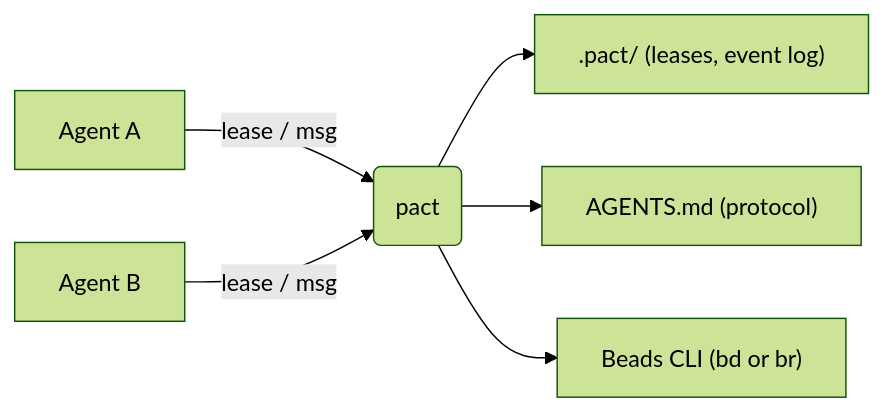
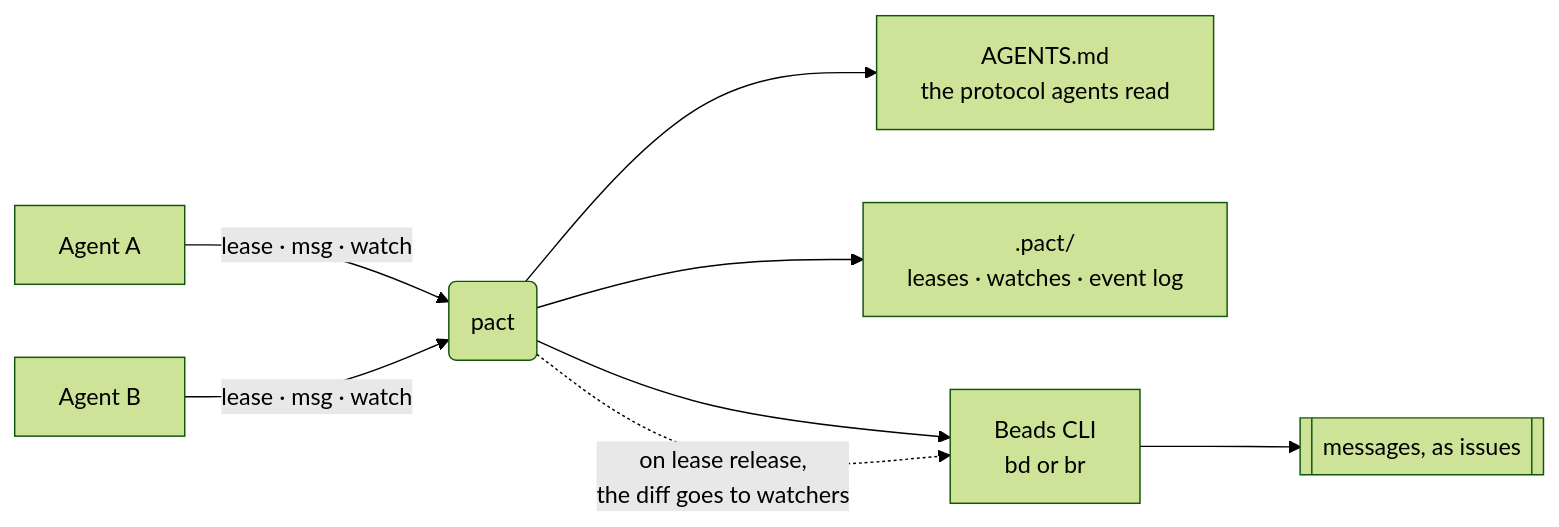
One commit to chussenot/pact changed the diagram in README.md. Above: the diagram before and after it, drawn with Mermaid (forest theme). The commit also changed other lines of this file and 16 other files, not shown here.

````diff
--- a/README.md
+++ b/README.md
@@ -28,8 +34,10 @@
 ```mermaid
 flowchart LR
-    A[Agent A] -->|lease / msg| P(pact)
-    B[Agent B] -->|lease / msg| P
-    P --> F[".pact/ (leases, event log)"]
-    P --> G["AGENTS.md (protocol)"]
-    P --> D["Beads CLI (bd or br)"]
+    A[Agent A] -->|"lease · msg · watch"| P(pact)
+    B[Agent B] -->|"lease · msg · watch"| P
+    P --> G["AGENTS.md<br/>the protocol agents read"]
+    P --> F[".pact/<br/>leases · watches · event log"]
+    P --> D["Beads CLI<br/>bd or br"]
+    D --> M[["messages, as issues"]]
+    P -.->|"on lease release,<br/>the diff goes to watchers"| D
 ```
````
